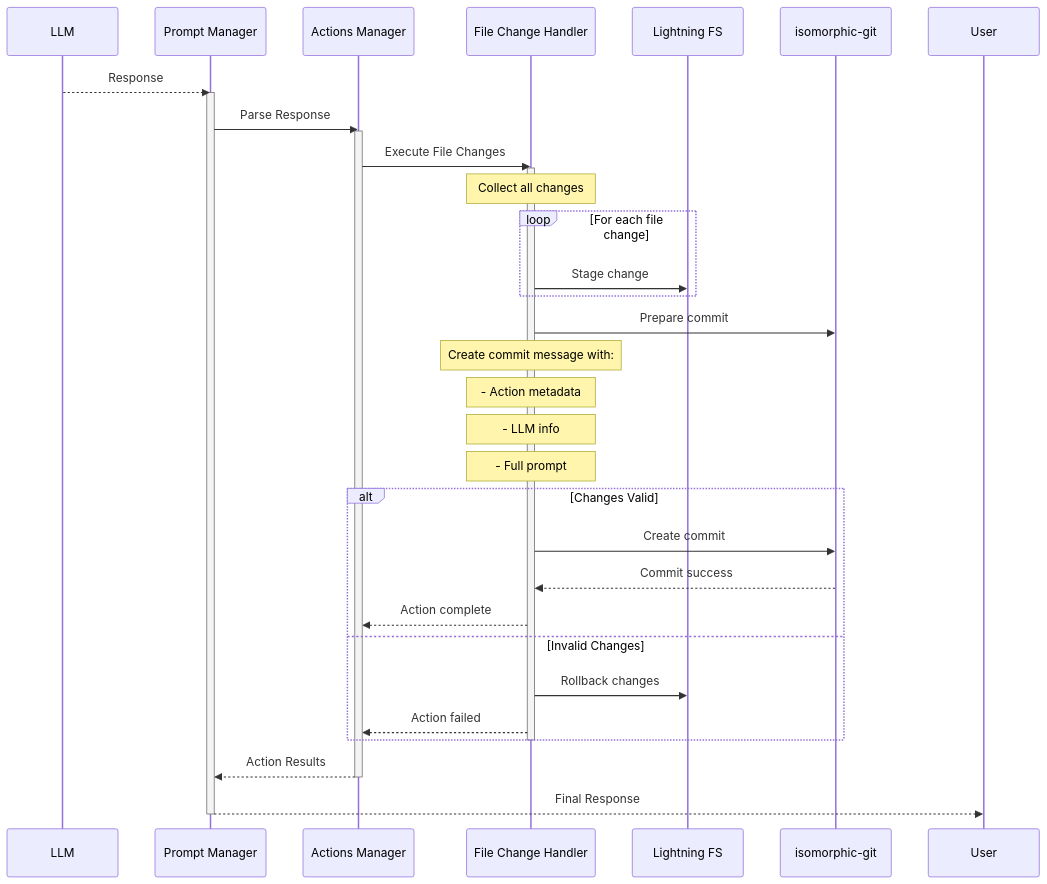
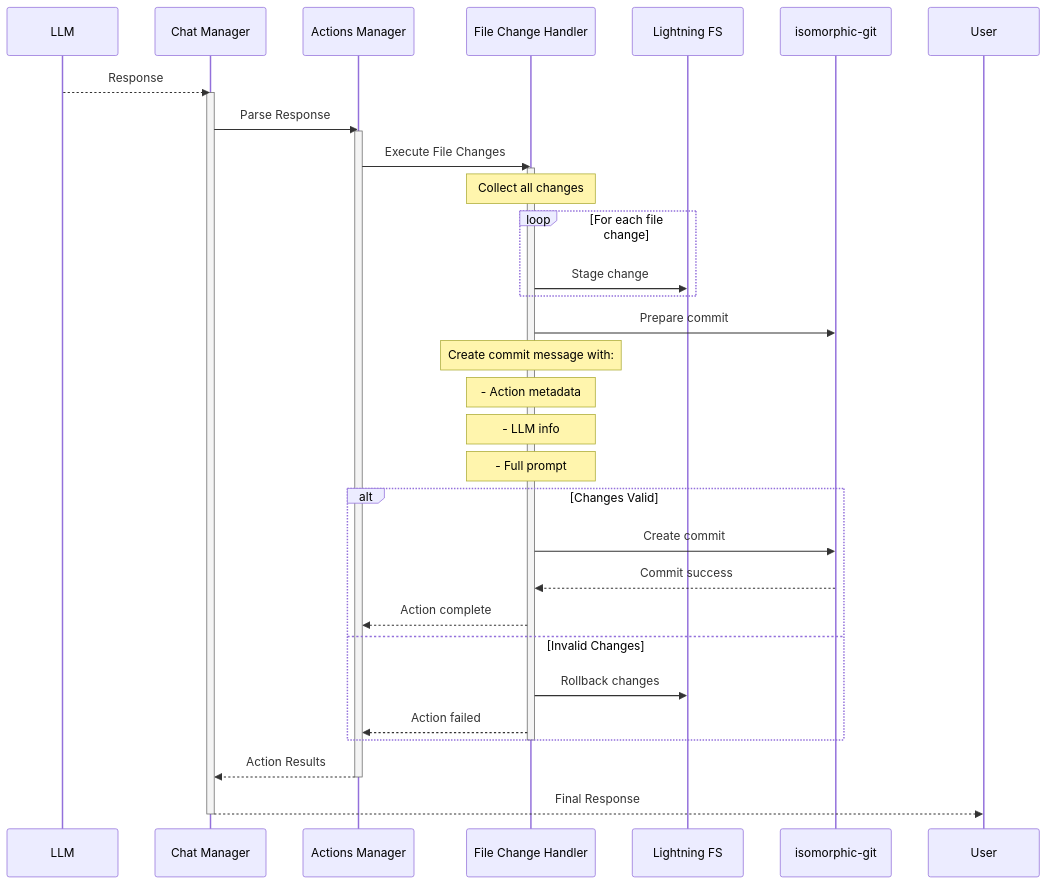
One commit to mrsimpson/piddie changed diagram 11 of 21 in architecture.md. Above: the diagram before and after it, drawn with Mermaid. The commit also changed other lines of this file, not shown here.

Commit message:
Architecture: Introduce dedicated context management

````diff
--- a/architecture.md
+++ b/architecture.md
@@ -709,44 +727,44 @@
 ```mermaid
 sequenceDiagram
     participant LLM as LLM
-    participant PM as Prompt Manager
+    participant CHM as Chat Manager
     participant AM as Actions Manager
     participant FCH as File Change Handler
     participant LFS as Lightning FS
     participant IG as isomorphic-git
     
-    LLM-->>PM: Response
-    activate PM
-    PM->>AM: Parse Response
+    LLM-->>CHM: Response
+    activate CHM
+    CHM->>AM: Parse Response
     
     activate AM
     AM->>FCH: Execute File Changes
     
     activate FCH
     Note over FCH: Collect all changes
     
     loop For each file change
         FCH->>LFS: Stage change
     end
     
     FCH->>IG: Prepare commit
     Note over FCH: Create commit message with:
     Note over FCH: - Action metadata
     Note over FCH: - LLM info
     Note over FCH: - Full prompt
     
     alt Changes Valid
         FCH->>IG: Create commit
         IG-->>FCH: Commit success
         FCH-->>AM: Action complete
     else Invalid Changes
         FCH->>LFS: Rollback changes
         FCH-->>AM: Action failed
     end
     deactivate FCH
     
-    AM-->>PM: Action Results
+    AM-->>CHM: Action Results
     deactivate AM
-    PM-->>User: Final Response
-    deactivate PM
+    CHM-->>User: Final Response
+    deactivate CHM
 ```
````
